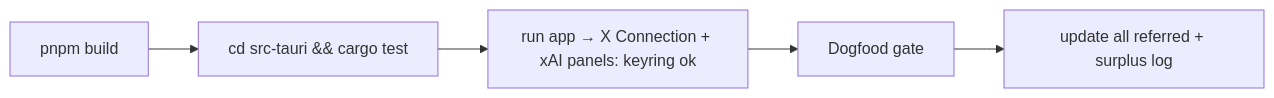
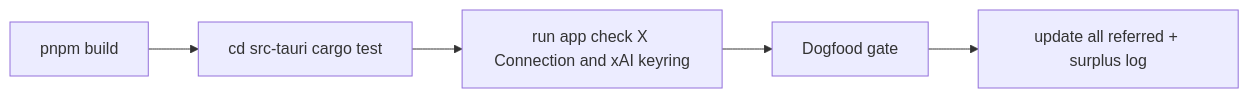
Diagram 18 of 18 in reports/intuitive-shell-plan.md (p10ns11y/collab-finder), drawn with Mermaid before and after one commit. The commit also changed other lines of this file and 1 other file, not shown here.

First line of the commit message:
docs: fix GitHub Mermaid parse errors in planning reports

````diff
--- a/reports/intuitive-shell-plan.md
+++ b/reports/intuitive-shell-plan.md
@@ -553,7 +563,7 @@
 ```mermaid
 flowchart LR
-  Build[pnpm build] --> Cargo[cd src-tauri && cargo test]
-  Cargo --> Cred[run app → X Connection + xAI panels: keyring ok]
+  Build[pnpm build] --> Cargo["cd src-tauri cargo test"]
+  Cargo --> Cred["run app check X Connection and xAI keyring"]
   Cred --> Dog[Dogfood gate]
   Dog --> Reports[update all referred + surplus log]
 ```
````
